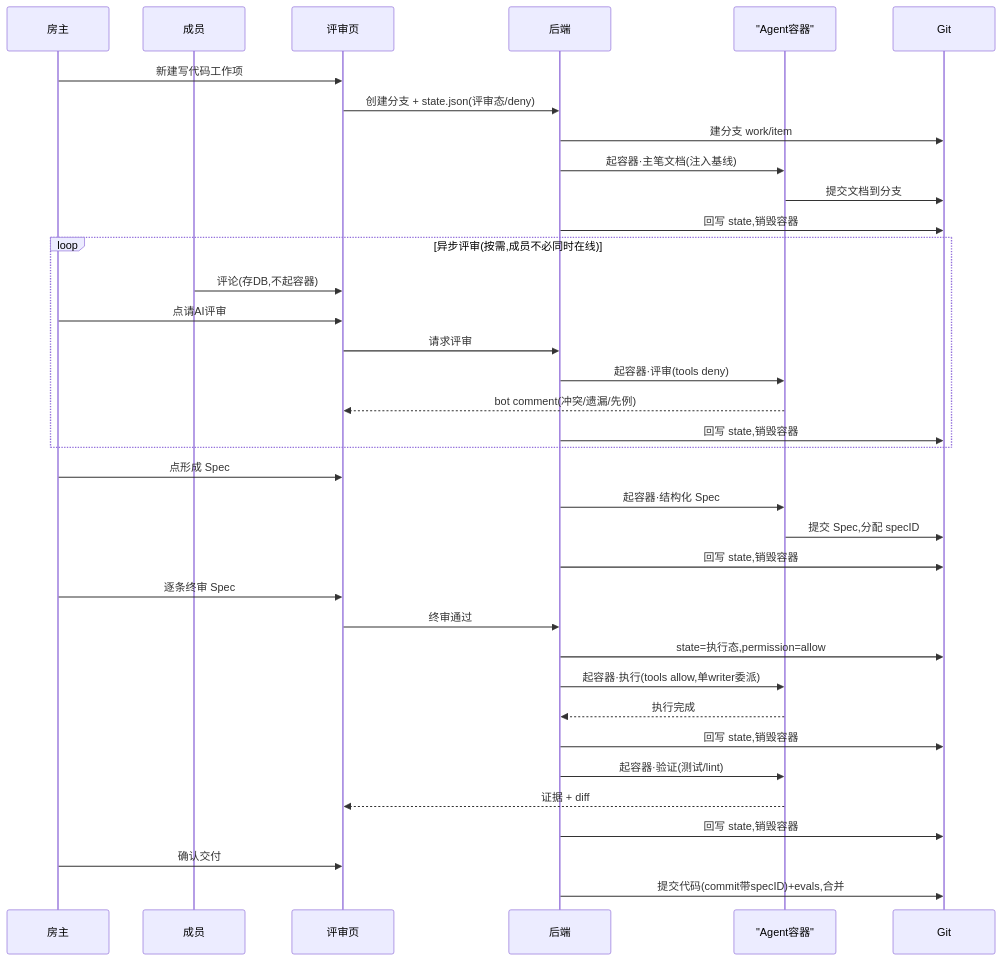
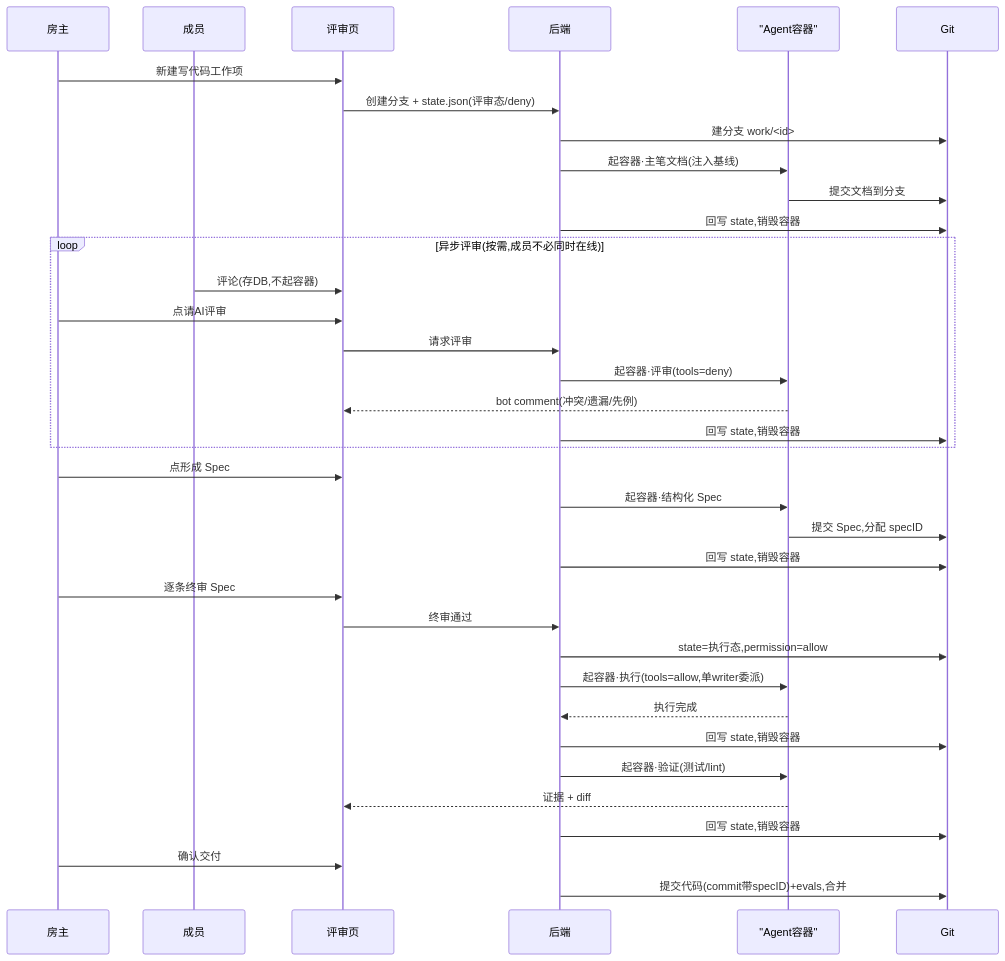
The second of 5 diagrams in COLLECTIVE.md (wonglaitung/opencode), drawn with Mermaid before and after one commit. The commit also changed other lines of this file, not shown here.

````diff
--- a/COLLECTIVE.md
+++ b/COLLECTIVE.md
@@ -158,44 +158,44 @@
 ```mermaid
 sequenceDiagram
     participant 房主
     participant 成员
     participant 评审页
     participant 后端
     participant 容器 as "Agent容器"
     participant Git
 
     房主->>评审页: 新建写代码工作项
     评审页->>后端: 创建分支 + state.json(评审态/deny)
-    后端->>Git: 建分支 work/item
+    后端->>Git: 建分支 work/<id>
 
     后端->>容器: 起容器·主笔文档(注入基线)
     容器->>Git: 提交文档到分支
     后端->>Git: 回写 state,销毁容器
 
     loop 异步评审(按需,成员不必同时在线)
         成员->>评审页: 评论(存DB,不起容器)
         房主->>评审页: 点请AI评审
         评审页->>后端: 请求评审
-        后端->>容器: 起容器·评审(tools deny)
+        后端->>容器: 起容器·评审(tools=deny)
         容器-->>评审页: bot comment(冲突/遗漏/先例)
         后端->>Git: 回写 state,销毁容器
     end
 
     房主->>评审页: 点形成 Spec
     后端->>容器: 起容器·结构化 Spec
     容器->>Git: 提交 Spec,分配 specID
     后端->>Git: 回写 state,销毁容器
     房主->>评审页: 逐条终审 Spec
     评审页->>后端: 终审通过
     后端->>Git: state=执行态,permission=allow
 
-    后端->>容器: 起容器·执行(tools allow,单writer委派)
+    后端->>容器: 起容器·执行(tools=allow,单writer委派)
     容器-->>后端: 执行完成
     后端->>Git: 回写 state,销毁容器
 
     后端->>容器: 起容器·验证(测试/lint)
     容器-->>评审页: 证据 + diff
     后端->>Git: 回写 state,销毁容器
     房主->>评审页: 确认交付
     后端->>Git: 提交代码(commit带specID)+evals,合并
 ```
````
